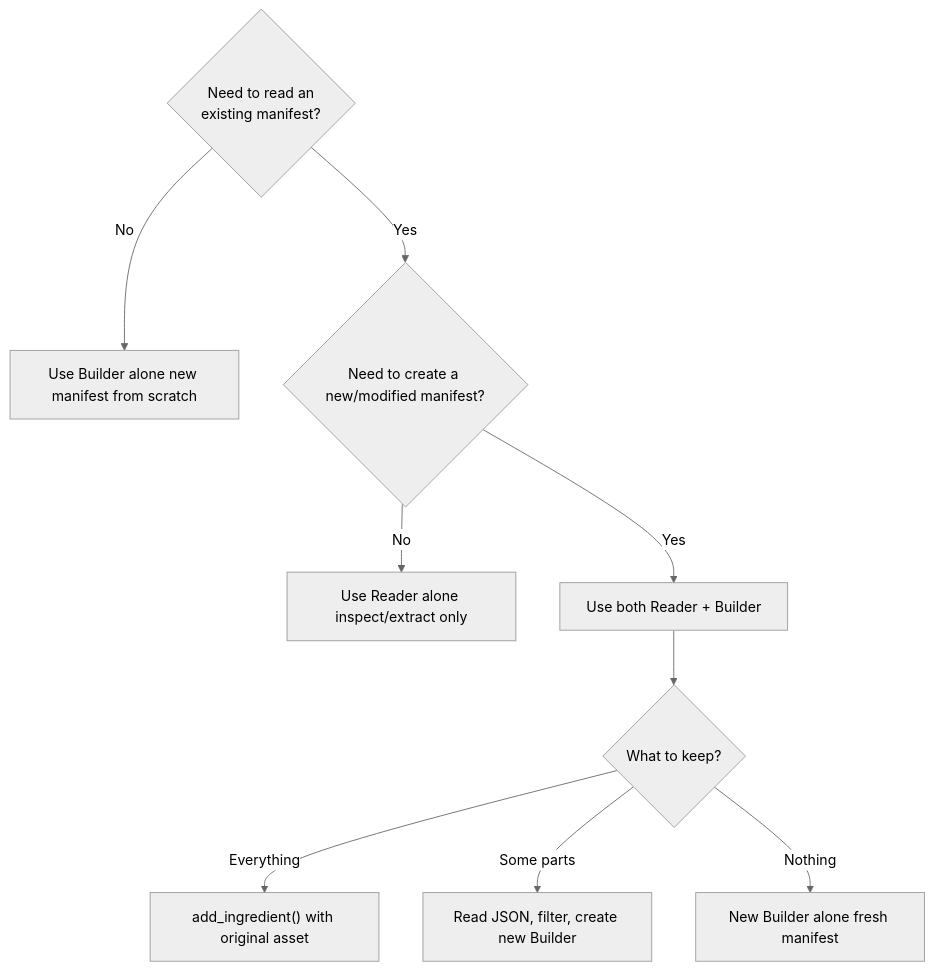
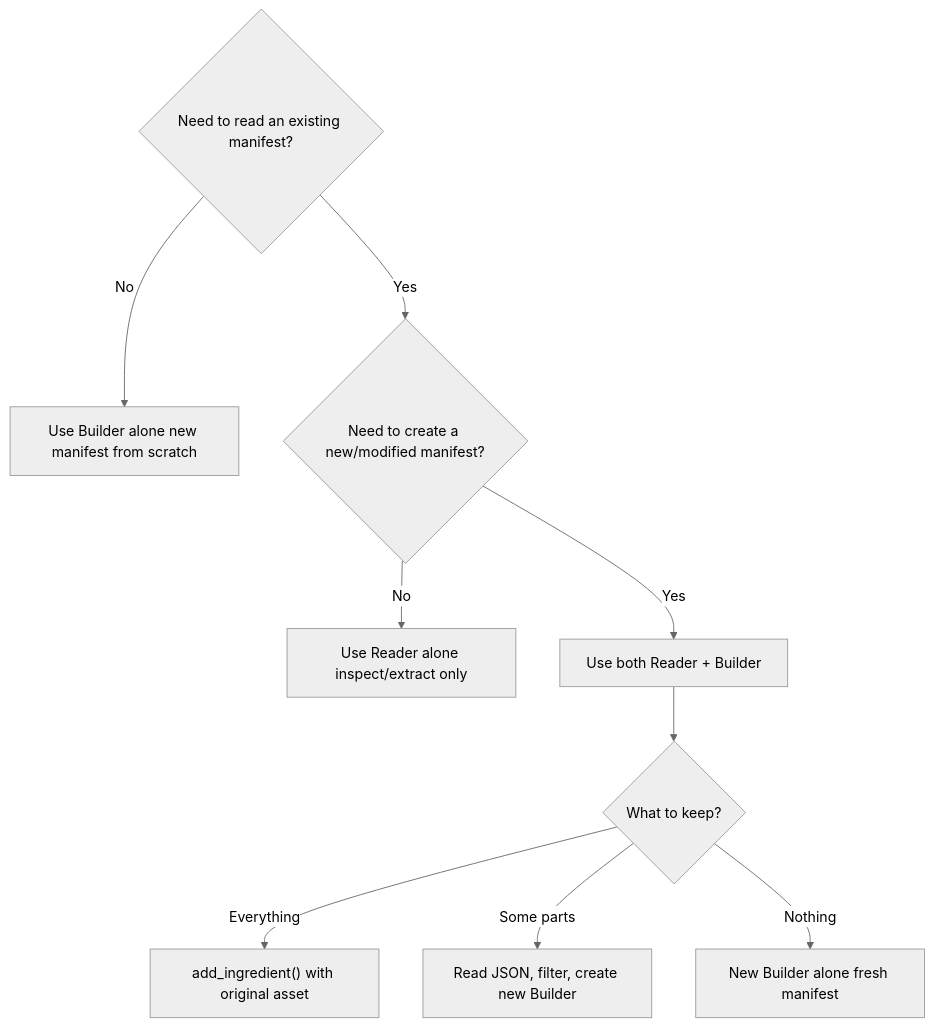
One commit to contentauth/c2pa-c changed the ninth of 9 diagrams in docs/selective-manifests.md. Above: the diagram before and after it, drawn with Mermaid (neutral theme). The commit also changed other lines of this file, not shown here.

````diff
--- a/docs/selective-manifests.md
+++ b/docs/selective-manifests.md
@@ -1251,12 +1180,12 @@
 ```mermaid
 flowchart TD
-    Q1{Need to read an\nexisting manifest?}
+    Q1{Need to read an existing manifest?}
     Q1 -->|No| USE_B[Use Builder alone new manifest from scratch]
     Q1 -->|Yes| Q2{Need to create a new/modified manifest?}
     Q2 -->|No| USE_R[Use Reader alone inspect/extract only]
     Q2 -->|Yes| USE_BR[Use both Reader + Builder]
     USE_BR --> Q3{What to keep?}
     Q3 -->|Everything| P1["add_ingredient() with original asset"]
     Q3 -->|Some parts| P2["Read JSON, filter, create new Builder"]
     Q3 -->|Nothing| P3["New Builder alone fresh manifest"]
 ```
````
